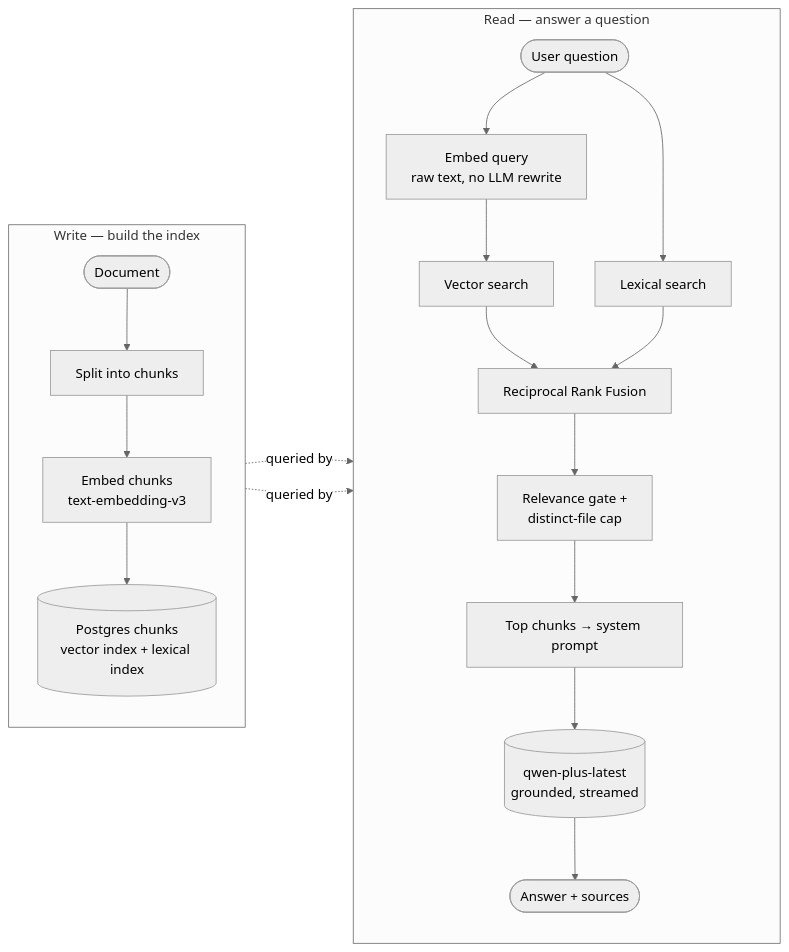
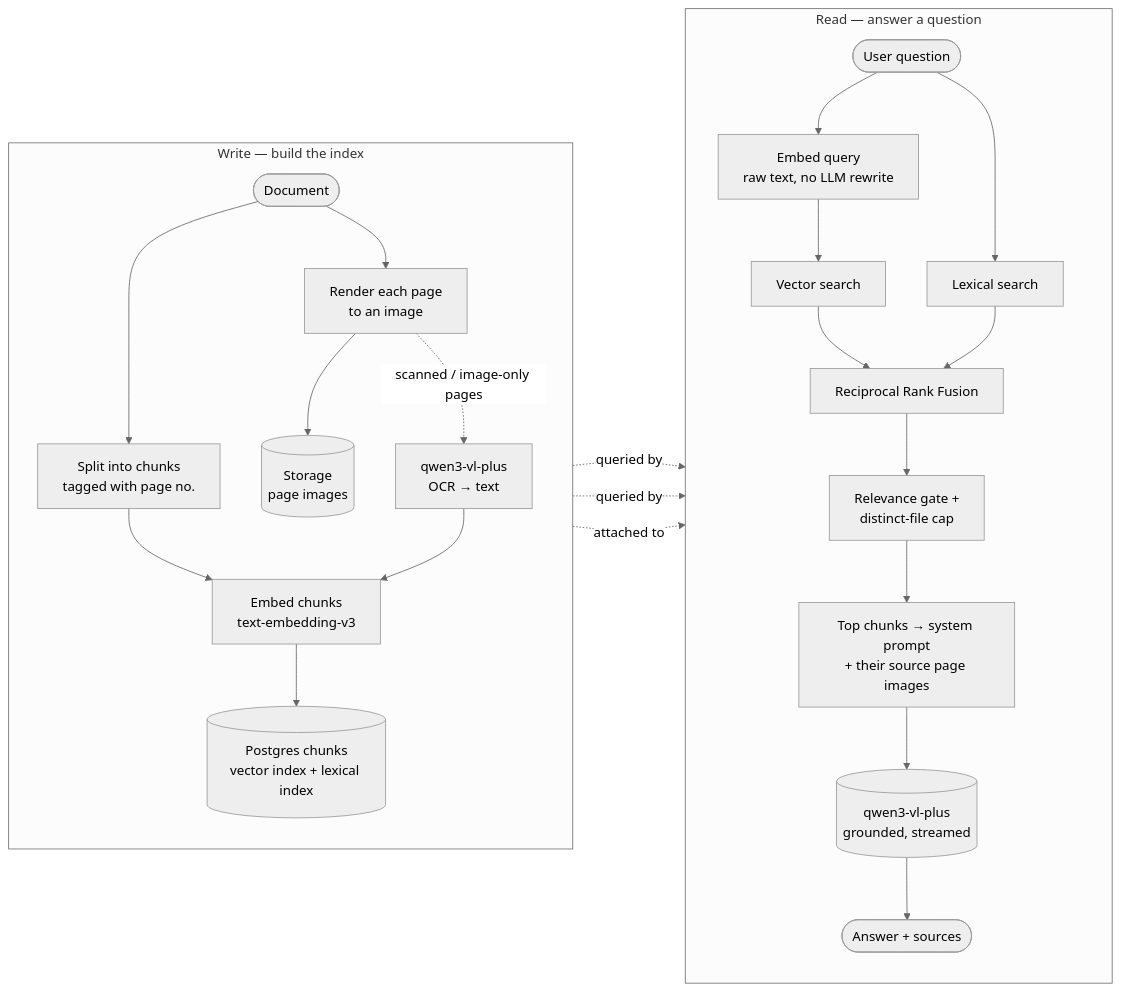
One commit to syahiidkamil/qwen-agent-rag-knowledgebase-chatbot changed the second of 2 diagrams in docs/system-design/tech-stack.md. Above: the diagram before and after it, drawn with Mermaid (neutral theme). The commit also changed other lines of this file and 1 other file, not shown here.

First line of the commit message:
docs: refresh tech-stack for multimodal RAG (qwen3-vl-plus)

````diff
--- a/docs/system-design/tech-stack.md
+++ b/docs/system-design/tech-stack.md
@@ -61,25 +63,30 @@
 ```mermaid
 flowchart LR
   subgraph WRITE[Write — build the index]
     direction TB
-    DOC([Document]) --> CHUNK[Split into chunks]
+    DOC([Document]) --> CHUNK[Split into chunks<br/>tagged with page no.]
     CHUNK --> EMB1[Embed chunks<br/>text-embedding-v3]
     EMB1 --> STORE[(Postgres chunks<br/>vector index + lexical index)]
+    DOC --> RENDER[Render each page<br/>to an image]
+    RENDER --> IMGS[(Storage<br/>page images)]
+    RENDER -. scanned / image-only pages .-> OCR[qwen3-vl-plus<br/>OCR → text]
+    OCR --> EMB1
   end
 
   subgraph READ[Read — answer a question]
     direction TB
     Q([User question]) --> EMB2[Embed query<br/>raw text, no LLM rewrite]
     EMB2 --> VEC[Vector search]
     Q --> LEX[Lexical search]
     VEC --> FUSE[Reciprocal Rank Fusion]
     LEX --> FUSE
     FUSE --> GATE[Relevance gate +<br/>distinct-file cap]
-    GATE --> CTX[Top chunks → system prompt]
-    CTX --> LLM[(qwen-plus-latest<br/>grounded, streamed)]
+    GATE --> CTX[Top chunks → system prompt<br/>+ their source page images]
+    CTX --> LLM[(qwen3-vl-plus<br/>grounded, streamed)]
     LLM --> ANS([Answer + sources])
   end
 
   STORE -. queried by .-> VEC
   STORE -. queried by .-> LEX
+  IMGS -. attached to .-> CTX
 ```
````
